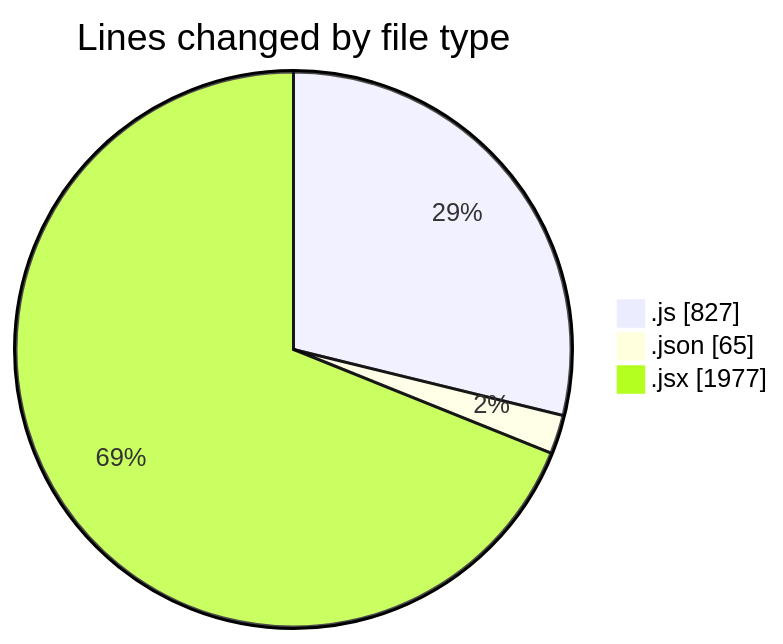
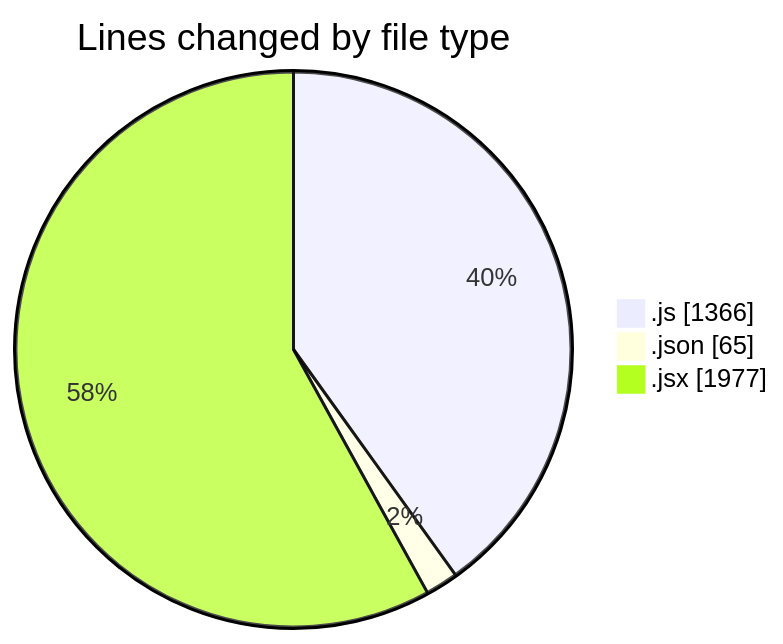
Before and after one commit to nxtqubesakshisongat/code-tracking: the first of 2 diagrams in 2026-01-14/nxtqube_webapp/README.md, drawn with Mermaid. The commit also changed other lines of this file and 1 other file, not shown here.

````diff
--- a/2026-01-14/nxtqube_webapp/README.md
+++ b/2026-01-14/nxtqube_webapp/README.md
@@ -26,7 +26,7 @@
 ```mermaid
 pie showData
 title Lines changed by file type
-".js" : 827
+".js" : 1366
 ".json" : 65
 ".jsx" : 1977
 ```
````
